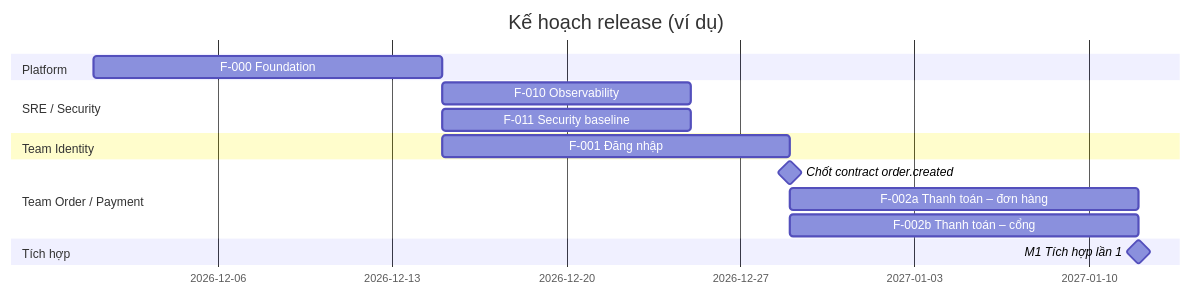
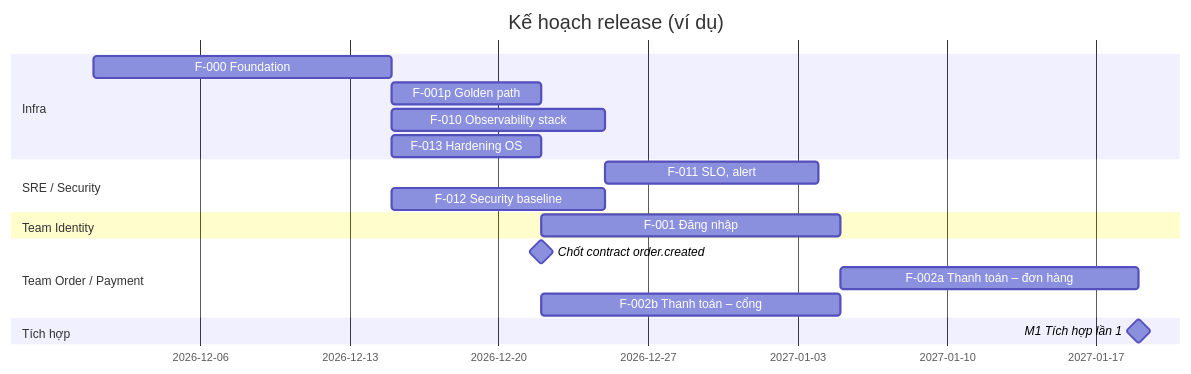
Before and after one commit to mrvntech/self-study: the diagram in speckit-docs-skeleton/docs/delivery/release-plan.md, drawn with Mermaid. The commit also changed other lines of this file and 12 other files, not shown here.

````diff
--- a/speckit-docs-skeleton/docs/delivery/release-plan.md
+++ b/speckit-docs-skeleton/docs/delivery/release-plan.md
@@ -30,18 +30,21 @@
 ```mermaid
 gantt
     dateFormat YYYY-MM-DD
     title Kế hoạch release (ví dụ)
-    section Platform
-    F-000 Foundation       :f000, 2026-12-01, 14d
+    section Infra
+    F-000 Foundation        :f000, 2026-12-01, 14d
+    F-001p Golden path      :f001p, after f000, 7d
+    F-010 Observability stack :f010, after f000, 10d
+    F-013 Hardening OS      :f013, after f000, 7d
     section SRE / Security
-    F-010 Observability    :f010, after f000, 10d
-    F-011 Security baseline:f011, after f000, 10d
+    F-011 SLO, alert        :f011, after f010, 10d
+    F-012 Security baseline :f012, after f000, 10d
     section Team Identity
-    F-001 Đăng nhập        :f001, after f000, 14d
+    F-001 Đăng nhập         :f001, after f001p, 14d
     section Team Order / Payment
-    Chốt contract order.created :milestone, c1, after f001, 0d
+    Chốt contract order.created :milestone, c1, after f001p, 0d
     F-002a Thanh toán – đơn hàng :f002a, after f001, 14d
-    F-002b Thanh toán – cổng     :f002b, after f001, 14d
+    F-002b Thanh toán – cổng     :f002b, after f001p, 14d
     section Tích hợp
     M1 Tích hợp lần 1      :milestone, m1, after f002a, 0d
 ```
````
